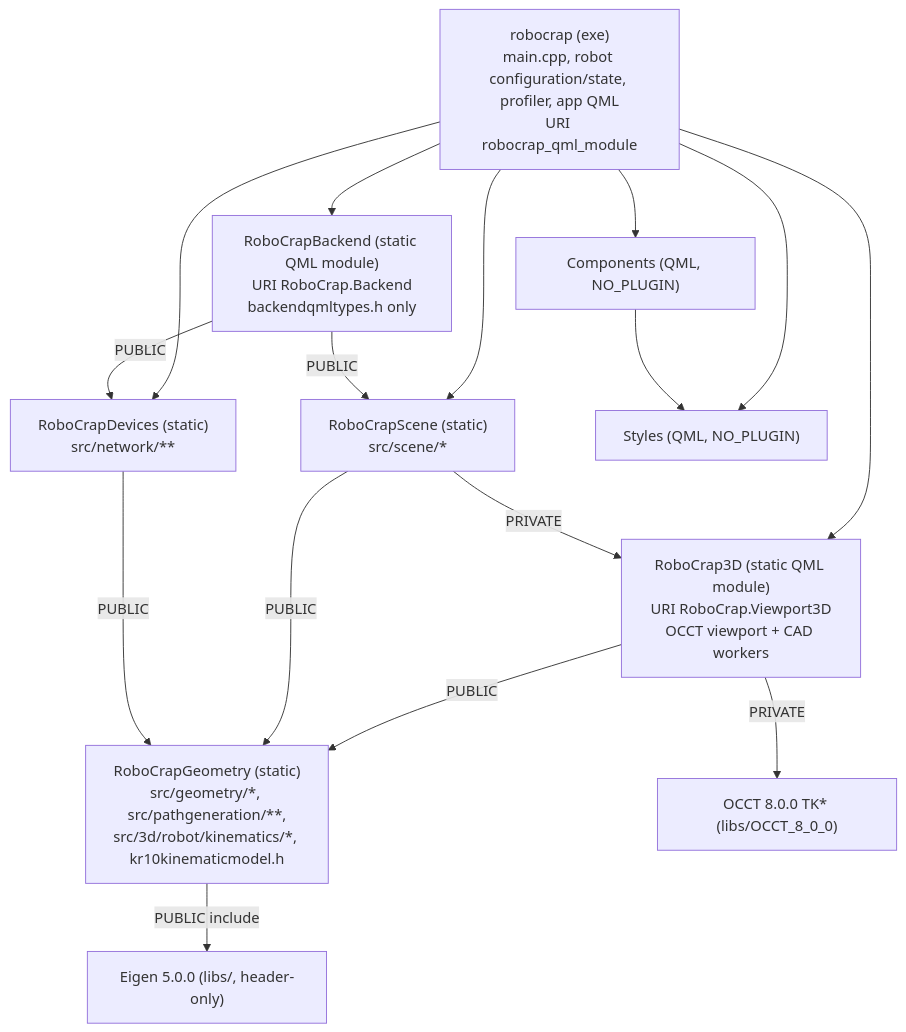
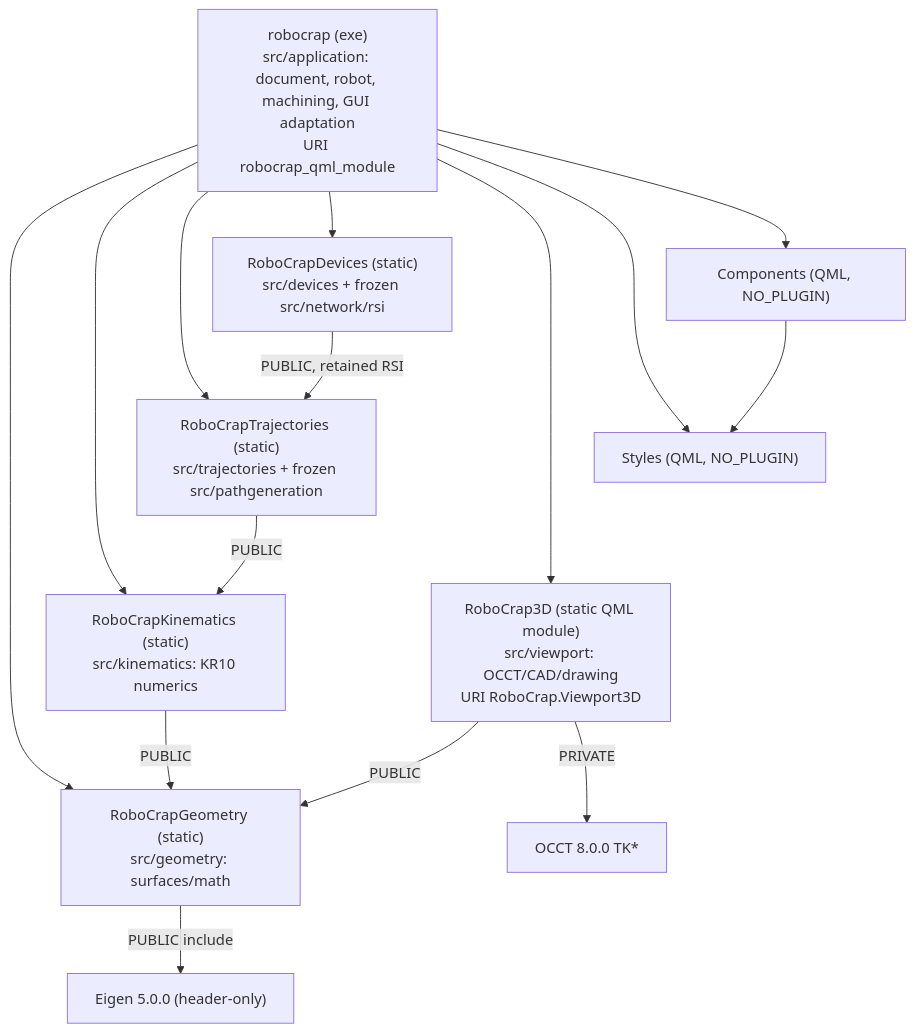
One commit to Nazar0vIvan/QDeltaPLC changed the diagram in docs/ARCHITECTURE.md. Above: the diagram before and after it, drawn with Mermaid. The commit also changed other lines of this file and 231 other files, not shown here.

````diff
--- a/docs/ARCHITECTURE.md
+++ b/docs/ARCHITECTURE.md
@@ -40,29 +34,28 @@
 ```mermaid
 graph TD
-  robocrap["robocrap (exe)<br/>main.cpp, robot configuration/state, profiler, app QML<br/>URI robocrap_qml_module"]
-  Backend["RoboCrapBackend (static QML module)<br/>URI RoboCrap.Backend<br/>backendqmltypes.h only"]
-  R3D["RoboCrap3D (static QML module)<br/>URI RoboCrap.Viewport3D<br/>OCCT viewport + CAD workers"]
-  Scene["RoboCrapScene (static)<br/>src/scene/*"]
-  Devices["RoboCrapDevices (static)<br/>src/network/**"]
-  Geometry["RoboCrapGeometry (static)<br/>src/geometry/*, src/pathgeneration/**,<br/>src/3d/robot/kinematics/*, kr10kinematicmodel.h"]
-  Eigen["Eigen 5.0.0 (libs/, header-only)"]
-  OCCT["OCCT 8.0.0 TK* (libs/OCCT_8_0_0)"]
+  robocrap["robocrap (exe)<br/>src/application: document, robot, machining, GUI adaptation<br/>URI robocrap_qml_module"]
+  R3D["RoboCrap3D (static QML module)<br/>src/viewport: OCCT/CAD/drawing<br/>URI RoboCrap.Viewport3D"]
+  Devices["RoboCrapDevices (static)<br/>src/devices + frozen src/network/rsi"]
+  Geometry["RoboCrapGeometry (static)<br/>src/geometry: surfaces/math"]
+  Kinematics["RoboCrapKinematics (static)<br/>src/kinematics: KR10 numerics"]
+  Trajectories["RoboCrapTrajectories (static)<br/>src/trajectories + frozen src/pathgeneration"]
+  Eigen["Eigen 5.0.0 (header-only)"]
+  OCCT["OCCT 8.0.0 TK*"]
   Styles["Styles (QML, NO_PLUGIN)"]
   Components["Components (QML, NO_PLUGIN)"]
 
-  robocrap --> Backend
+  robocrap --> Geometry
+  robocrap --> Kinematics
+  robocrap --> Trajectories
+  robocrap --> Devices
   robocrap --> R3D
-  robocrap --> Scene
-  robocrap --> Devices
   robocrap --> Styles
   robocrap --> Components
   Components --> Styles
-  Backend -->|PUBLIC| Scene
-  Backend -->|PUBLIC| Devices
   R3D -->|PUBLIC| Geometry
-  Scene -->|PRIVATE| R3D
   R3D -->|PRIVATE| OCCT
-  Scene -->|PUBLIC| Geometry
-  Devices -->|PUBLIC| Geometry
+  Devices -->|PUBLIC, retained RSI| Trajectories
+  Trajectories -->|PUBLIC| Kinematics
+  Kinematics -->|PUBLIC| Geometry
   Geometry -->|PUBLIC include| Eigen
 ```
````
